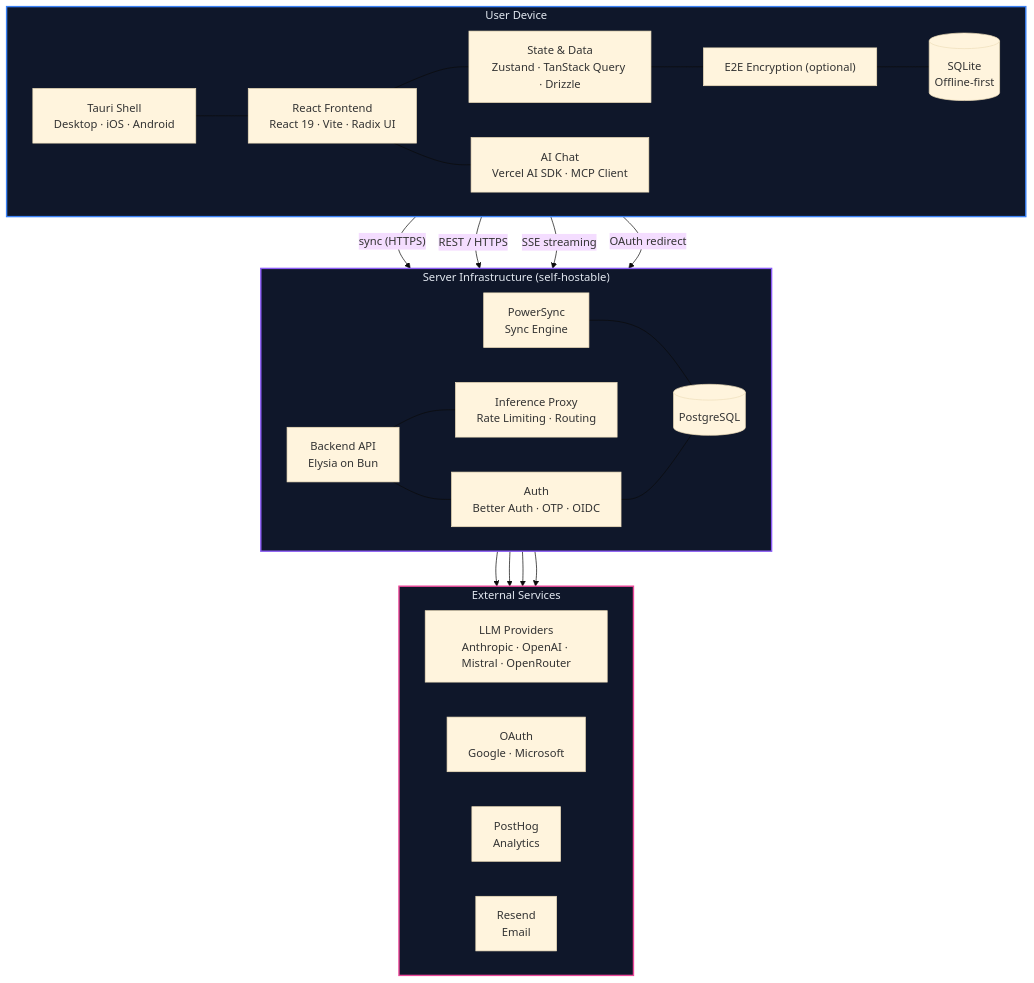
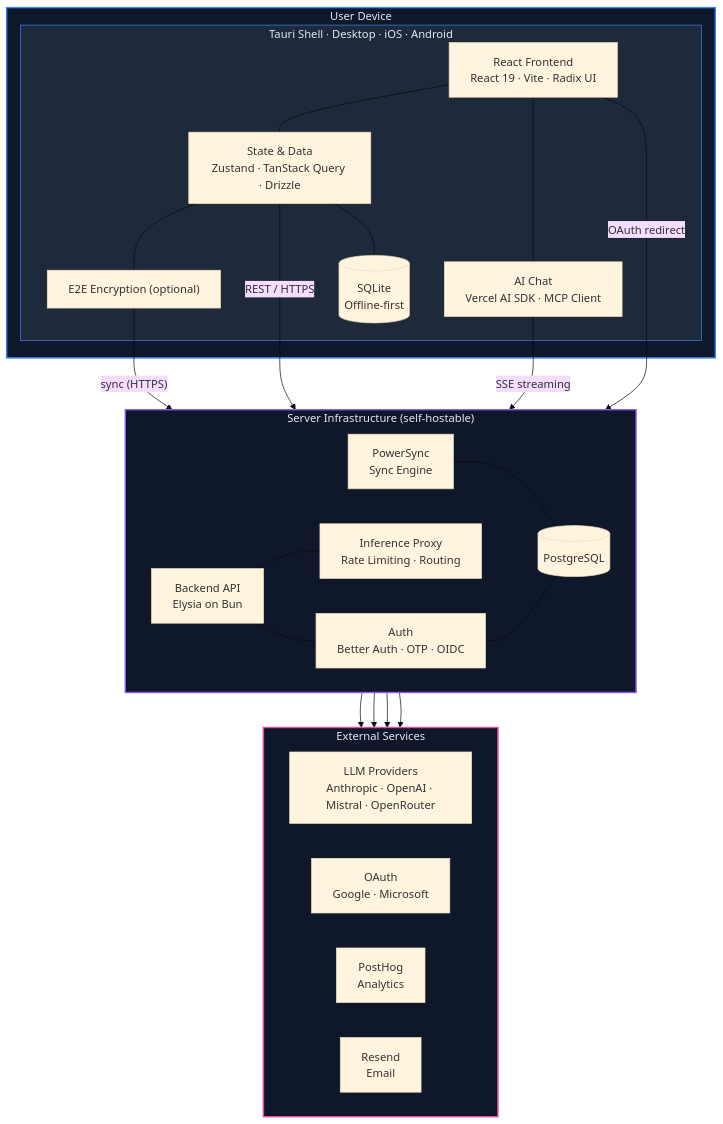
The diagram in docs/architecture.md (thunderbird/thunderbolt), drawn with Mermaid (base theme) before and after one commit.

Commit message:
fix: correct architecture diagram E2E encryption placement and Tauri boundary
E2E encryption sits between state and PowerSync (sync layer), not between
state and SQLite. SQLite stores decrypted data locally. Also restructured
the diagram so Tauri Shell visually wraps all on-device components.

````diff
--- a/docs/architecture.md
+++ b/docs/architecture.md
@@ -3,54 +3,54 @@
 ```mermaid
 graph TB
   subgraph LOCAL["User Device"]
-    direction LR
-    TAURI["Tauri Shell<br/>Desktop · iOS · Android"]
-    UI["React Frontend<br/>React 19 · Vite · Radix UI"]
-    STATE["State & Data<br/>Zustand · TanStack Query · Drizzle"]
-    AI["AI Chat<br/>Vercel AI SDK · MCP Client"]
-    CRYPTO["E2E Encryption (optional)"]
-    SQLITE[("SQLite<br/>Offline-first")]
+    subgraph TAURI["Tauri Shell · Desktop · iOS · Android"]
+      UI["React Frontend<br/>React 19 · Vite · Radix UI"]
+      STATE["State & Data<br/>Zustand · TanStack Query · Drizzle"]
+      AI["AI Chat<br/>Vercel AI SDK · MCP Client"]
+      CRYPTO["E2E Encryption (optional)"]
+      SQLITE[("SQLite<br/>Offline-first")]
 
-    TAURI --- UI
-    UI --- STATE
-    UI --- AI
-    STATE --- CRYPTO
-    CRYPTO --- SQLITE
+      UI --- STATE
+      UI --- AI
+      STATE --- SQLITE
+      STATE --- CRYPTO
+    end
   end
 
   subgraph SERVER["Server Infrastructure (self-hostable)"]
     direction LR
     API["Backend API<br/>Elysia on Bun"]
     AUTH["Auth<br/>Better Auth · OTP · OIDC"]
     INFERENCE["Inference Proxy<br/>Rate Limiting · Routing"]
     PS["PowerSync<br/>Sync Engine"]
     PG[("PostgreSQL")]
 
     API --- AUTH
     API --- INFERENCE
     PS --- PG
     AUTH --- PG
   end
 
   subgraph EXTERNAL["External Services"]
     direction LR
     LLM["LLM Providers<br/>Anthropic · OpenAI · Mistral · OpenRouter"]
     OAUTH["OAuth<br/>Google · Microsoft"]
     POSTHOG["PostHog<br/>Analytics"]
     RESEND["Resend<br/>Email"]
   end
 
-  STATE -- "sync (HTTPS)" --> PS
+  CRYPTO -- "sync (HTTPS)" --> PS
   STATE -- "REST / HTTPS" --> API
   AI -- "SSE streaming" --> INFERENCE
   UI -- "OAuth redirect" --> AUTH
 
   INFERENCE --> LLM
   AUTH --> OAUTH
   API --> POSTHOG
   API --> RESEND
 
   style LOCAL fill:#0f172a,stroke:#3b82f6,stroke-width:2px,color:#e2e8f0
+  style TAURI fill:#1e293b,stroke:#3b82f6,stroke-width:1px,color:#e2e8f0
   style SERVER fill:#0f172a,stroke:#8b5cf6,stroke-width:2px,color:#e2e8f0
   style EXTERNAL fill:#0f172a,stroke:#ec4899,stroke-width:2px,color:#e2e8f0
 ```
````
